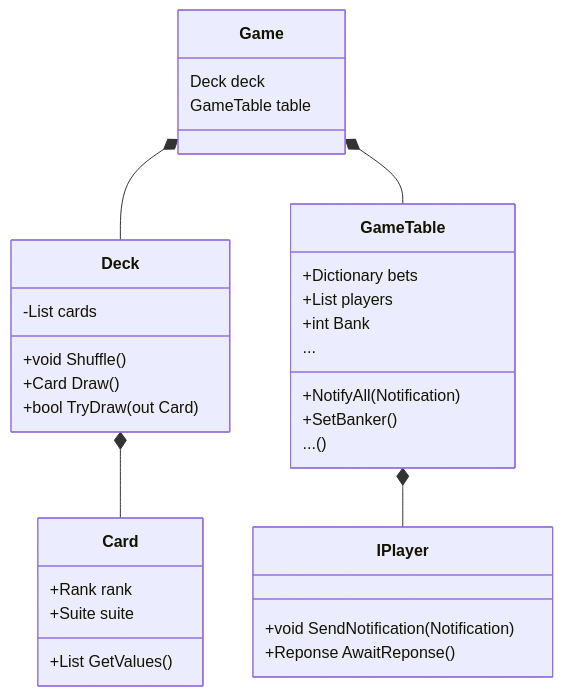
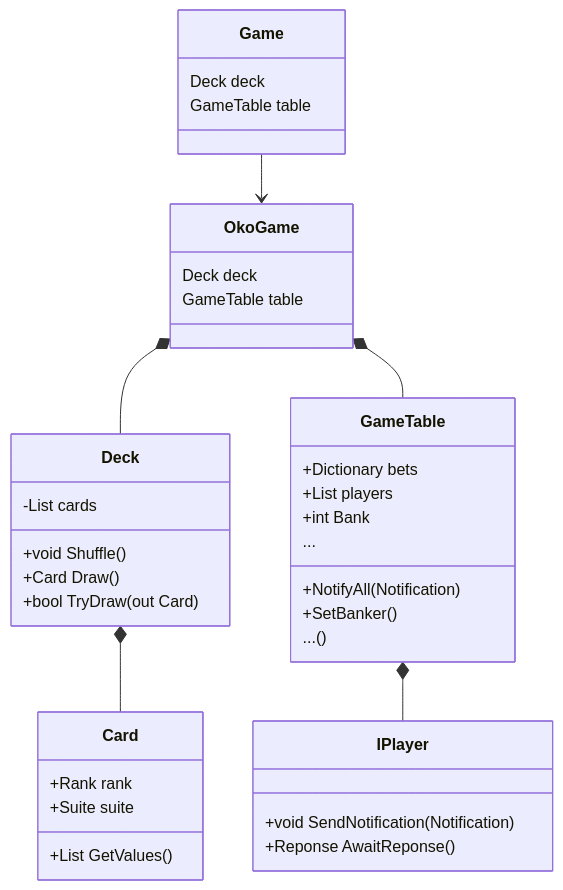
Before and after one commit to vesmil/oko-bere: the first of 3 diagrams in doc/technical.md, drawn with Mermaid. The commit also changed other lines of this file and 1 other file, not shown here.

````diff
--- a/doc/technical.md
+++ b/doc/technical.md
@@ -18,42 +17,50 @@
 ```mermaid
 classDiagram
 
     class Game {
         Deck deck
         GameTable table
     }
+
+    class OkoGame {
+        Deck deck
+        GameTable table
+    }
+
 
     class Deck { 
         +void Shuffle()
         +Card Draw()
         +bool TryDraw(out Card)
         -List<Card> cards
     }
 
     class Card { 
         +List<int> GetValues() 
         +Rank rank
         +Suite suite
     }
 
     class GameTable {
         +Dictionary bets
         +List players
         +int Bank
         ...
         +NotifyAll(Notification)
         +SetBanker()
         ...()
     }
 
     class IPlayer { 
         +void SendNotification(Notification)
         +Reponse AwaitReponse()
     }
 
-    Game *-- Deck
+    Game --> OkoGame
+
+    OkoGame *-- Deck
     Deck *-- Card
 
-    Game *-- GameTable
+    OkoGame *-- GameTable
     GameTable *-- IPlayer
 ```
````
